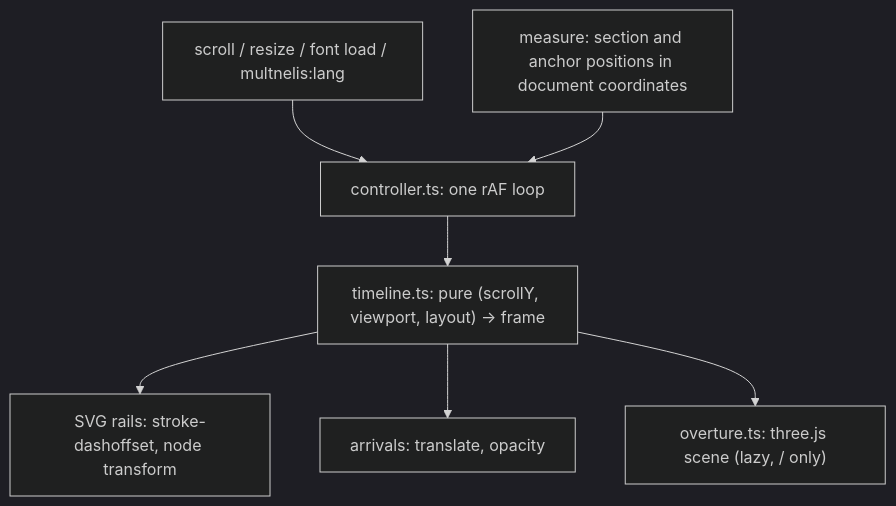
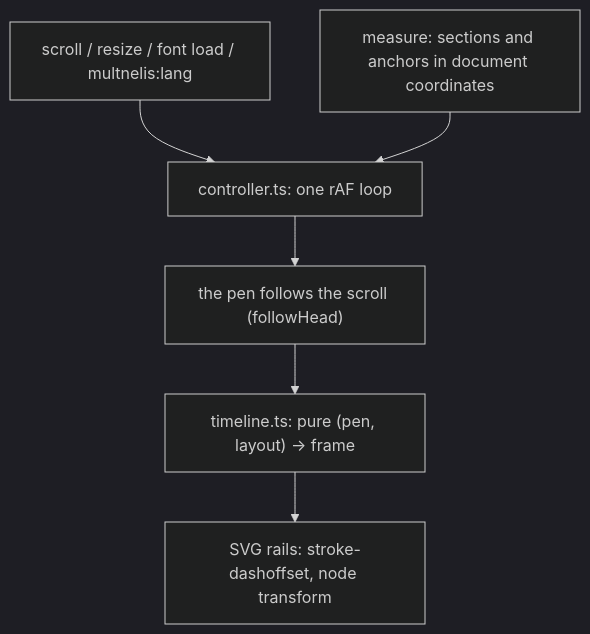
Before and after one commit to muitneliss/multnelis.org: the diagram in docs/interactive-landing/architecture.md, drawn with Mermaid (dark theme). The commit also changed other lines of this file and 40 other files, not shown here.

First line of the commit message:
refactor: drop the 3D overture for a flat, pen-drawn rail

````diff
--- a/docs/interactive-landing/architecture.md
+++ b/docs/interactive-landing/architecture.md
@@ -9,9 +9,8 @@
 ```mermaid
 flowchart TB
   S["scroll / resize / font load / multnelis:lang"] --> C["controller.ts: one rAF loop"]
-  M["measure: section and anchor positions in document coordinates"] --> C
-  C --> T["timeline.ts: pure (scrollY, viewport, layout) → frame"]
+  M["measure: sections and anchors in document coordinates"] --> C
+  C --> P["the pen follows the scroll (followHead)"]
+  P --> T["timeline.ts: pure (pen, layout) → frame"]
   T --> R["SVG rails: stroke-dashoffset, node transform"]
-  T --> A["arrivals: translate, opacity"]
-  T --> O["overture.ts: three.js scene (lazy, / only)"]
 ```
````
